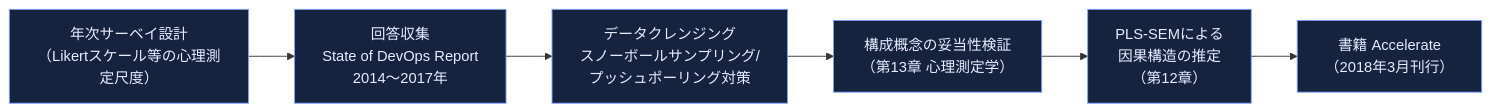
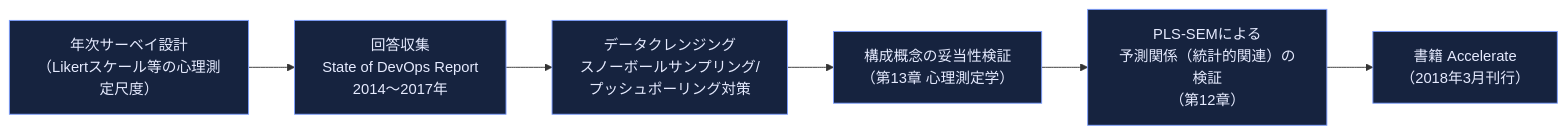
Before and after one commit to myoshi2891/Cloud-Infrastructure-Studies: the second of 18 diagrams in Accelerate-lean-devops-guide.md, drawn with Mermaid. The commit also changed other lines of this file and 3 other files, not shown here.

````diff
--- a/Accelerate-lean-devops-guide.md
+++ b/Accelerate-lean-devops-guide.md
@@ -110,11 +110,11 @@
 ```mermaid
 flowchart LR
     A["年次サーベイ設計<br/>（Likertスケール等の心理測定尺度）"] --> B["回答収集<br/>State of DevOps Report<br/>2014〜2017年"]
     B --> C["データクレンジング<br/>スノーボールサンプリング/<br/>プッシュポーリング対策"]
     C --> D["構成概念の妥当性検証<br/>（第13章 心理測定学）"]
-    D --> E["PLS-SEMによる<br/>因果構造の推定<br/>（第12章）"]
+    D --> E["PLS-SEMによる<br/>予測関係（統計的関連）の検証<br/>（第12章）"]
     E --> F["書籍 Accelerate<br/>（2018年3月刊行）"]
 
     classDef step fill:#16233f,stroke:#7c9eff,color:#e6ebff
     class A,B,C,D,E,F step
 ```
````
